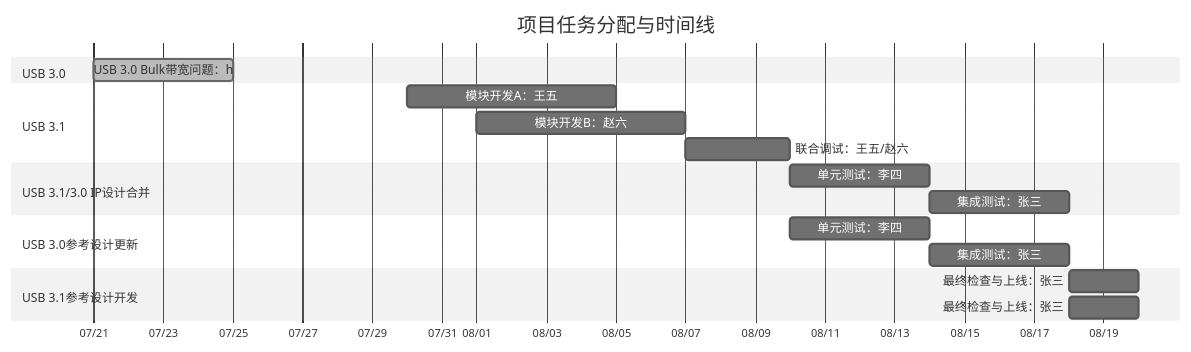
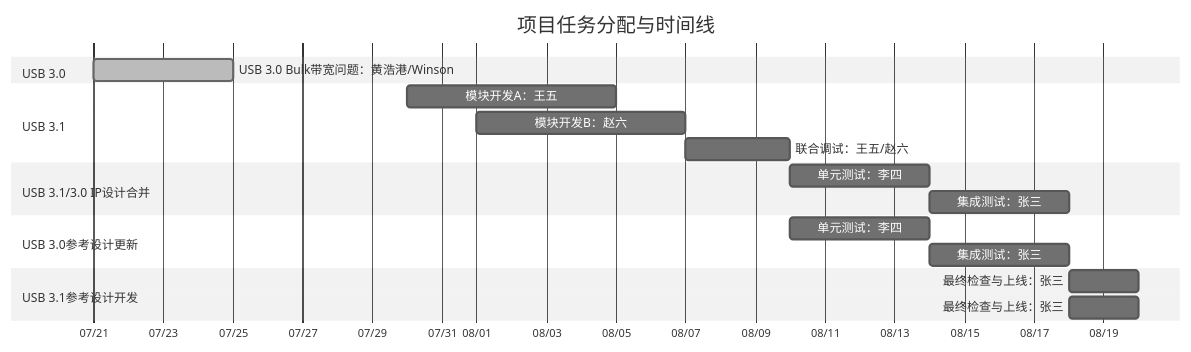
Before and after one commit to winsonbook/iodraw-files: the diagram in all/未命名.md, drawn with Mermaid (neutral theme).

Commit message:
2025-07-21 09:42:46 update

````diff
--- a/all/未命名.md
+++ b/all/未命名.md
@@ -1,29 +1,29 @@
 ```mermaid
 gantt
     title 项目任务分配与时间线
     dateFormat  YYYY-MM-DD
     axisFormat  %m/%d
 
     section USB 3.0
-    USB 3.0 Bulk带宽问题：h       :done,    task1, 2025-07-21, 4d
+    USB 3.0 Bulk带宽问题：黄浩港/Winson       :done,    task1, 2025-07-21, 4d
 
     section USB 3.1
     模块开发A：王五      :         task3, 2025-07-30, 6d
     模块开发B：赵六      :         task4, 2025-08-01, 6d
     联合调试：王五/赵六  :         task5, 2025-08-07, 3d
 
     section USB 3.1/3.0 IP设计合并
     单元测试：李四       :         task6, 2025-08-10, 4d
     集成测试：张三       :         task7, 2025-08-14, 4d
 
     section USB 3.0参考设计更新
     单元测试：李四       :         task6, 2025-08-10, 4d
     集成测试：张三       :         task7, 2025-08-14, 4d
 
     section USB 3.1参考设计开发
     最终检查与上线：张三 :         task8, 2025-08-18, 2d
 
     section USB 3.1参考设计开发
     最终检查与上线：张三 :         task8, 2025-08-18, 2d
 
 ```
````
